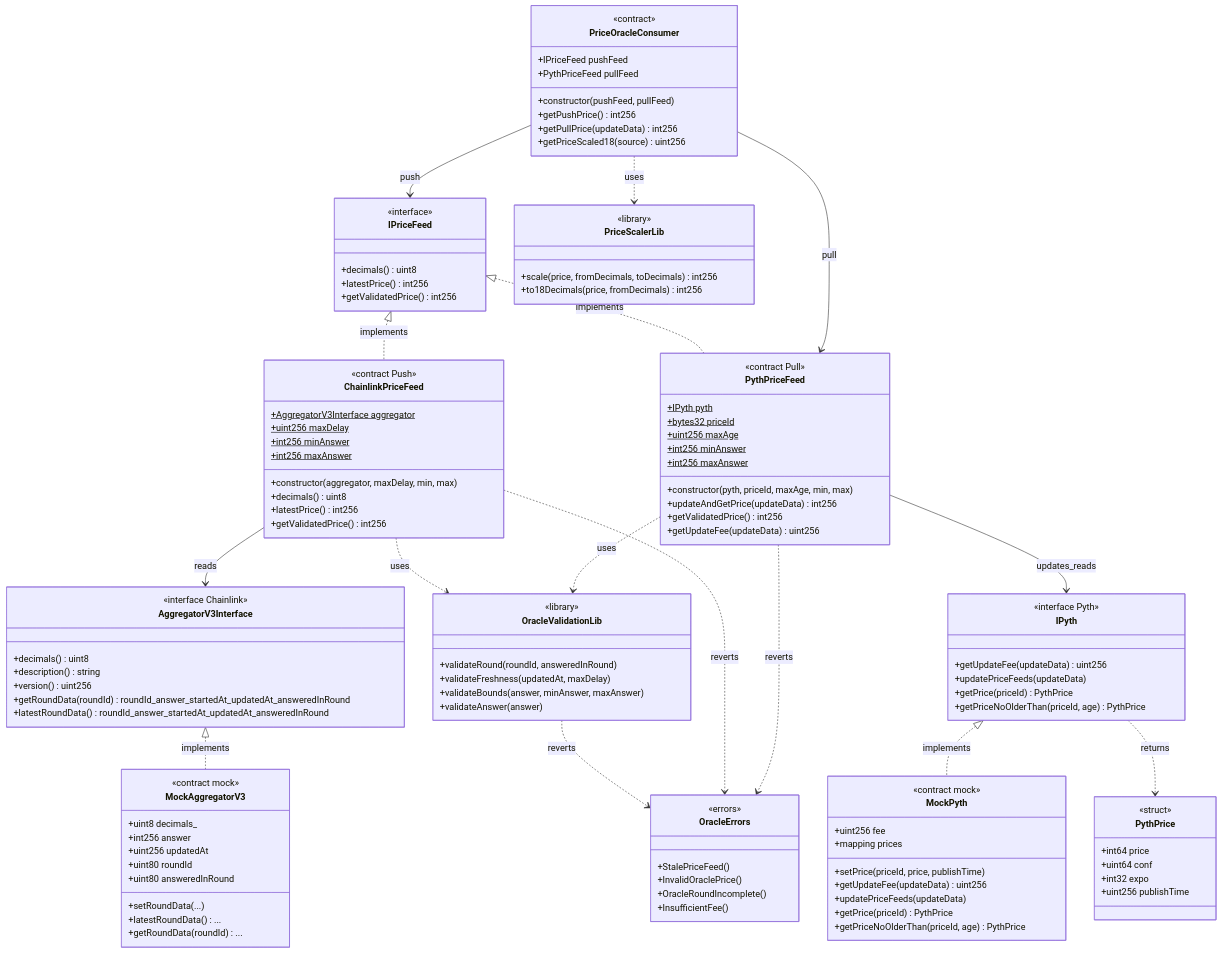
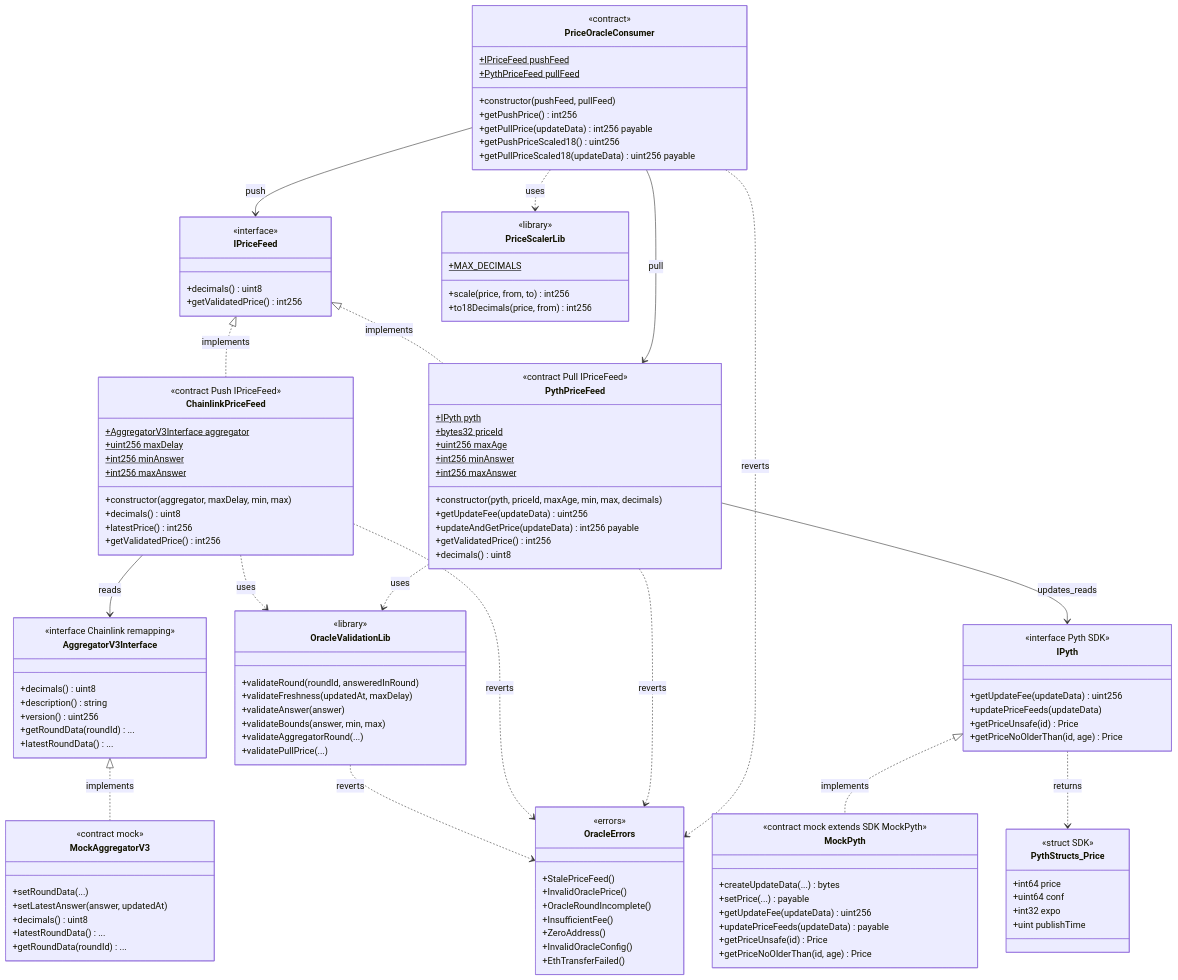
One commit to rastrahm/decentralized-oracles changed the diagram in doc/diagrama-de-clases.md. Above: the diagram before and after it, drawn with Mermaid. The commit also changed other lines of this file and 12 other files, not shown here.

````diff
--- a/doc/diagrama-de-clases.md
+++ b/doc/diagrama-de-clases.md
@@ -11,33 +11,32 @@
     class IPriceFeed {
         <<interface>>
         +decimals() uint8
-        +latestPrice() int256
         +getValidatedPrice() int256
     }
 
     class AggregatorV3Interface {
-        <<interface Chainlink>>
+        <<interface Chainlink remapping>>
         +decimals() uint8
         +description() string
         +version() uint256
-        +getRoundData(roundId) roundId_answer_startedAt_updatedAt_answeredInRound
-        +latestRoundData() roundId_answer_startedAt_updatedAt_answeredInRound
+        +getRoundData(roundId) ...
+        +latestRoundData() ...
     }
 
     class IPyth {
-        <<interface Pyth>>
+        <<interface Pyth SDK>>
         +getUpdateFee(updateData) uint256
         +updatePriceFeeds(updateData)
-        +getPrice(priceId) PythPrice
-        +getPriceNoOlderThan(priceId, age) PythPrice
+        +getPriceUnsafe(id) Price
+        +getPriceNoOlderThan(id, age) Price
     }
 
-    class PythPrice {
-        <<struct>>
+    class PythStructs_Price {
+        <<struct SDK>>
         +int64 price
         +uint64 conf
         +int32 expo
-        +uint256 publishTime
+        +uint publishTime
     }
 
     class OracleErrors {
@@ -46,47 +45,49 @@
         +InvalidOraclePrice()
         +OracleRoundIncomplete()
         +InsufficientFee()
+        +ZeroAddress()
+        +InvalidOracleConfig()
+        +EthTransferFailed()
     }
 
     class OracleValidationLib {
         <<library>>
         +validateRound(roundId, answeredInRound)
         +validateFreshness(updatedAt, maxDelay)
-        +validateBounds(answer, minAnswer, maxAnswer)
         +validateAnswer(answer)
+        +validateBounds(answer, min, max)
+        +validateAggregatorRound(...)
+        +validatePullPrice(...)
     }
 
     class PriceScalerLib {
         <<library>>
-        +scale(price, fromDecimals, toDecimals) int256
-        +to18Decimals(price, fromDecimals) int256
+        +MAX_DECIMALS$
+        +scale(price, from, to) int256
+        +to18Decimals(price, from) int256
     }
 
     class MockAggregatorV3 {
         <<contract mock>>
-        +uint8 decimals_
-        +int256 answer
-        +uint256 updatedAt
-        +uint80 roundId
-        +uint80 answeredInRound
         +setRoundData(...)
+        +setLatestAnswer(answer, updatedAt)
+        +decimals() uint8
         +latestRoundData() ...
         +getRoundData(roundId) ...
     }
 
     class MockPyth {
-        <<contract mock>>
-        +uint256 fee
-        +mapping prices
-        +setPrice(priceId, price, publishTime)
+        <<contract mock extends SDK MockPyth>>
+        +createUpdateData(...) bytes
+        +setPrice(...) payable
         +getUpdateFee(updateData) uint256
-        +updatePriceFeeds(updateData)
-        +getPrice(priceId) PythPrice
-        +getPriceNoOlderThan(priceId, age) PythPrice
+        +updatePriceFeeds(updateData) payable
+        +getPriceUnsafe(id) Price
+        +getPriceNoOlderThan(id, age) Price
     }
 
     class ChainlinkPriceFeed {
-        <<contract Push>>
+        <<contract Push IPriceFeed>>
         +AggregatorV3Interface aggregator$
         +uint256 maxDelay$
         +int256 minAnswer$
@@ -98,26 +99,28 @@
     }
 
     class PythPriceFeed {
-        <<contract Pull>>
+        <<contract Pull IPriceFeed>>
         +IPyth pyth$
         +bytes32 priceId$
         +uint256 maxAge$
         +int256 minAnswer$
         +int256 maxAnswer$
-        +constructor(pyth, priceId, maxAge, min, max)
-        +updateAndGetPrice(updateData) int256
+        +constructor(pyth, priceId, maxAge, min, max, decimals)
+        +getUpdateFee(updateData) uint256
+        +updateAndGetPrice(updateData) int256 payable
         +getValidatedPrice() int256
-        +getUpdateFee(updateData) uint256
+        +decimals() uint8
     }
 
     class PriceOracleConsumer {
         <<contract>>
-        +IPriceFeed pushFeed
-        +PythPriceFeed pullFeed
+        +IPriceFeed pushFeed$
+        +PythPriceFeed pullFeed$
         +constructor(pushFeed, pullFeed)
         +getPushPrice() int256
-        +getPullPrice(updateData) int256
-        +getPriceScaled18(source) uint256
+        +getPullPrice(updateData) int256 payable
+        +getPushPriceScaled18() uint256
+        +getPullPriceScaled18(updateData) uint256 payable
     }
 
     IPriceFeed <|.. ChainlinkPriceFeed : implements
@@ -135,5 +138,6 @@
     OracleValidationLib ..> OracleErrors : reverts
     ChainlinkPriceFeed ..> OracleErrors : reverts
     PythPriceFeed ..> OracleErrors : reverts
-    IPyth ..> PythPrice : returns
+    PriceOracleConsumer ..> OracleErrors : reverts
+    IPyth ..> PythStructs_Price : returns
 ```
````
